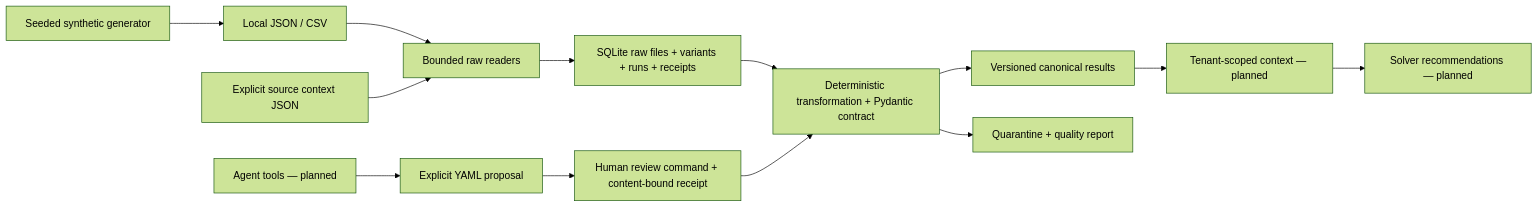
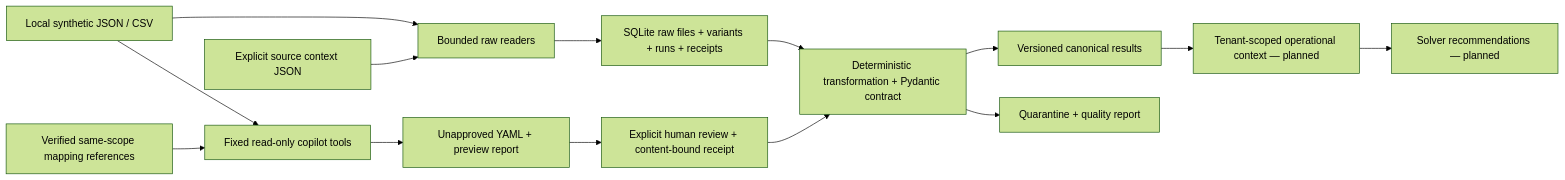
The diagram in docs/ARCHITECTURE.md (bdplazo/hla-surgical-intelligence), drawn with Mermaid (forest theme) before and after one commit. The commit also changed other lines of this file and 21 other files, not shown here.

First line of the commit message:
feat: Introduce agents module with schema definitions and suggestion tools

````diff
--- a/docs/ARCHITECTURE.md
+++ b/docs/ARCHITECTURE.md
@@ -3,15 +3,16 @@
 ```mermaid
 flowchart LR
-    G[Seeded synthetic generator] --> S[Local JSON / CSV]
-    S --> R[Bounded raw readers]
+    S[Local synthetic JSON / CSV] --> R[Bounded raw readers]
     M[Explicit source context JSON] --> R
     R --> D[SQLite raw files + variants + runs + receipts]
     D --> V[Deterministic transformation + Pydantic contract]
-    Y[Explicit YAML proposal] --> U[Human review command + content-bound receipt]
+    S --> A[Fixed read-only copilot tools]
+    K[Verified same-scope mapping references] --> A
+    A --> Y[Unapproved YAML + preview report]
+    Y --> U[Explicit human review + content-bound receipt]
     U --> V
     V --> H[Versioned canonical results]
     V --> Q[Quarantine + quality report]
-    H --> C[Tenant-scoped context — planned]
-    A[Agent tools — planned] --> Y
+    H --> C[Tenant-scoped operational context — planned]
     C --> O[Solver recommendations — planned]
 ```
````
